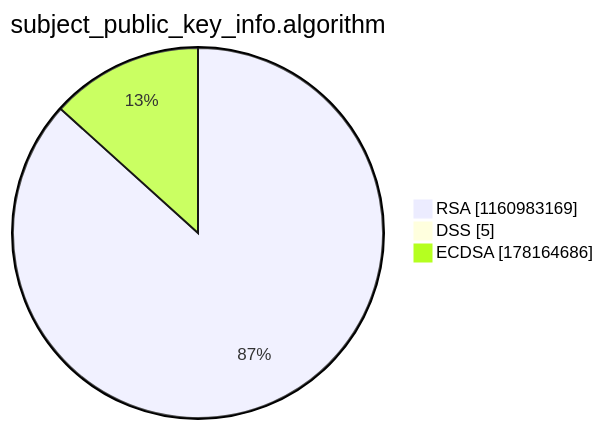
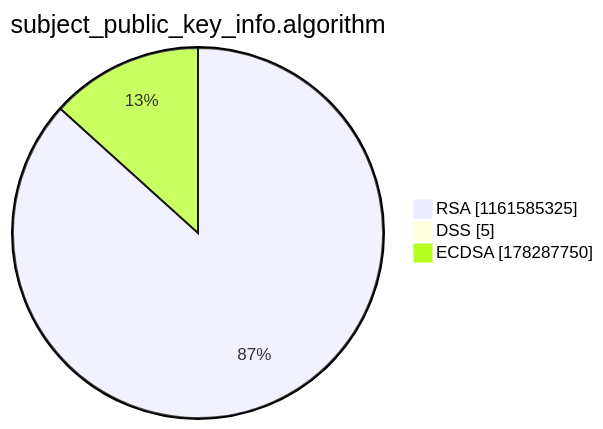
The third of 15 diagrams in argon2022/README.md (christiankrug/ctmonitor_visualization), drawn with Mermaid before and after one commit. The commit also changed other lines of this file, not shown here.

````diff
--- a/argon2022/README.md
+++ b/argon2022/README.md
@@ -14,7 +14,7 @@
 ```mermaid
 pie showData
 title subject_public_key_info.algorithm
-"RSA" :1160983169
+"RSA" :1161585325
 "DSS" :5
-"ECDSA" :178164686
+"ECDSA" :178287750
 ```
````
